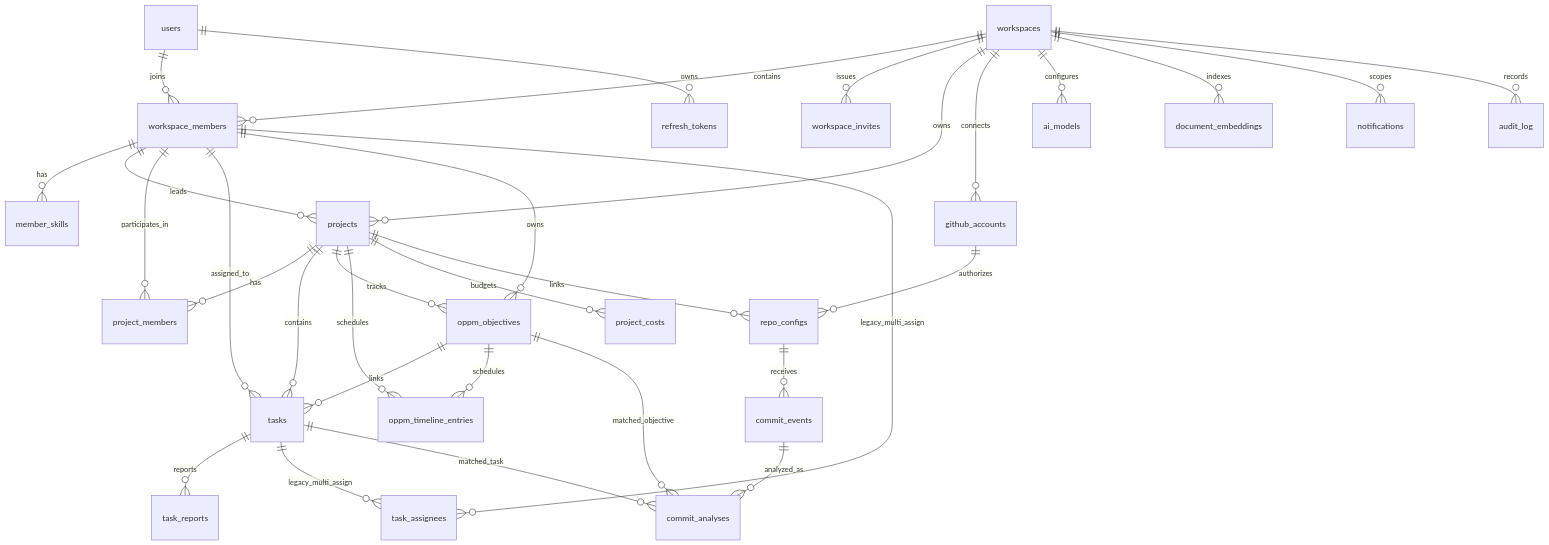
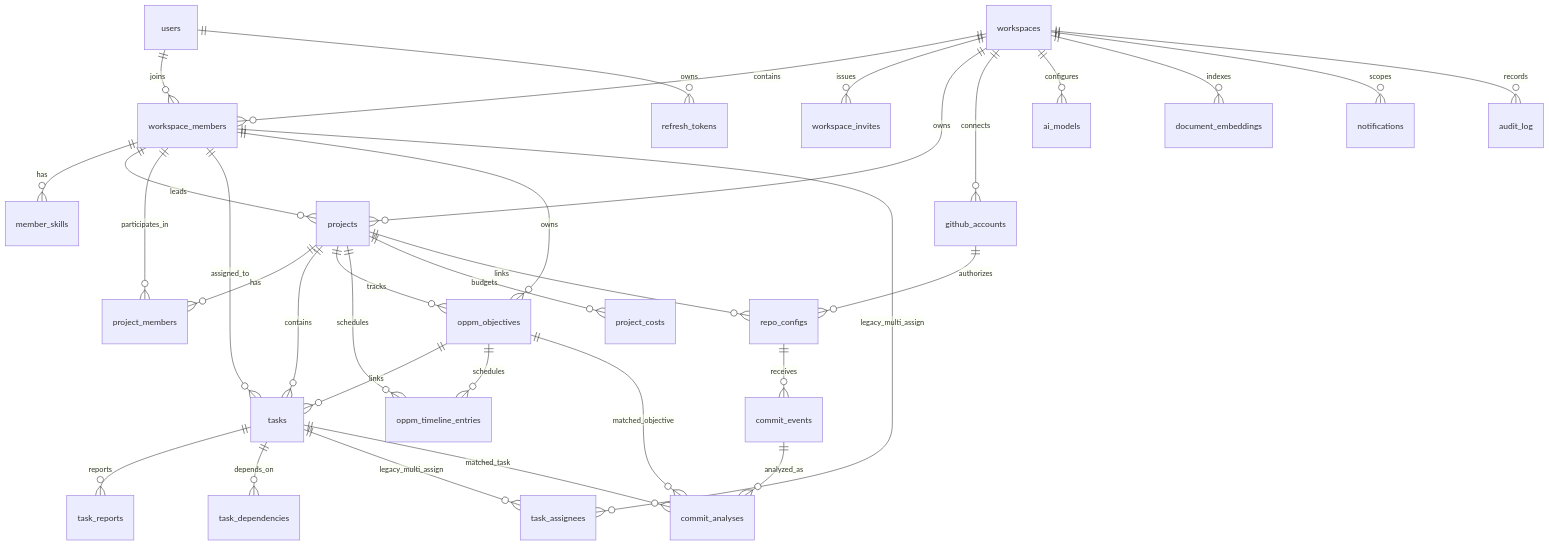
Before and after one commit to cvrvai/OPPM-AI-work-management-system: the diagram in docs/ERD.md, drawn with Mermaid. The commit also changed other lines of this file and 78 other files, not shown here.

````diff
--- a/docs/ERD.md
+++ b/docs/ERD.md
@@ -25,40 +25,41 @@
 ```mermaid
 erDiagram
     users ||--o{ workspace_members : joins
     users ||--o{ refresh_tokens : owns
     workspaces ||--o{ workspace_members : contains
     workspaces ||--o{ workspace_invites : issues
     workspace_members ||--o{ member_skills : has
 
     workspaces ||--o{ projects : owns
     workspace_members ||--o{ projects : leads
     projects ||--o{ project_members : has
     workspace_members ||--o{ project_members : participates_in
 
     projects ||--o{ tasks : contains
     workspace_members ||--o{ tasks : assigned_to
     projects ||--o{ oppm_objectives : tracks
     workspace_members ||--o{ oppm_objectives : owns
     oppm_objectives ||--o{ tasks : links
     projects ||--o{ oppm_timeline_entries : schedules
     oppm_objectives ||--o{ oppm_timeline_entries : schedules
     projects ||--o{ project_costs : budgets
 
     tasks ||--o{ task_reports : reports
+    tasks ||--o{ task_dependencies : depends_on
     tasks ||--o{ task_assignees : legacy_multi_assign
     workspace_members ||--o{ task_assignees : legacy_multi_assign
 
     workspaces ||--o{ github_accounts : connects
     github_accounts ||--o{ repo_configs : authorizes
     projects ||--o{ repo_configs : links
     repo_configs ||--o{ commit_events : receives
     commit_events ||--o{ commit_analyses : analyzed_as
     tasks ||--o{ commit_analyses : matched_task
     oppm_objectives ||--o{ commit_analyses : matched_objective
 
     workspaces ||--o{ ai_models : configures
     workspaces ||--o{ document_embeddings : indexes
 
     workspaces ||--o{ notifications : scopes
     workspaces ||--o{ audit_log : records
 ```
````
